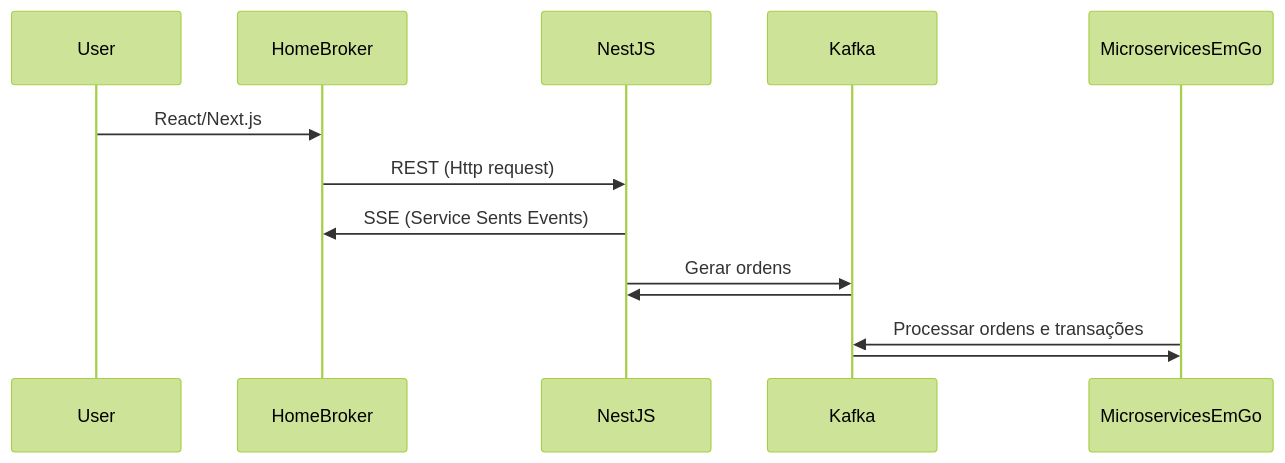
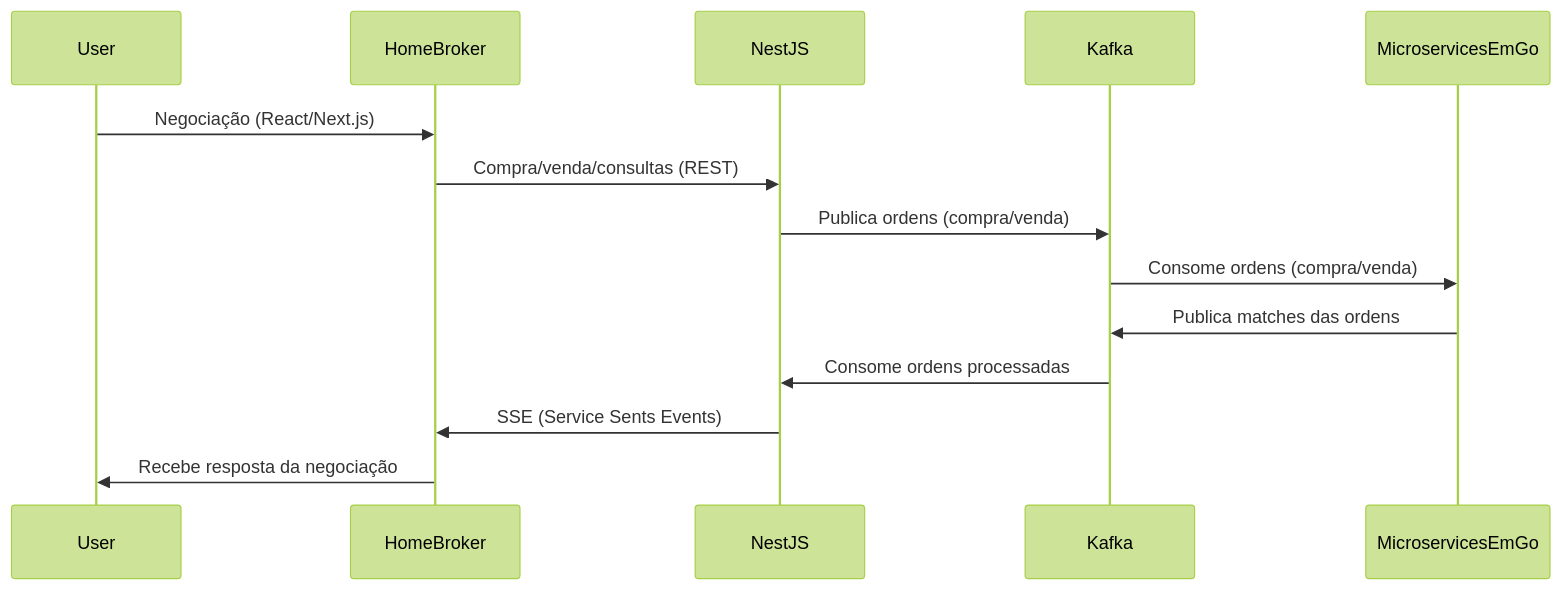
One commit to freitas-miranda/imersao-fullcycle changed the diagram in README.md. Above: the diagram before and after it, drawn with Mermaid (forest theme).

Commit message:
doc: atualiza fluxo de comunicacao

````diff
--- a/README.md
+++ b/README.md
@@ -13,16 +13,16 @@
 ```mermaid
 sequenceDiagram
     participant User
     participant HomeBroker
     participant NestJS
     participant Kafka
     participant MicroservicesEmGo
-    User->>HomeBroker: React/Next.js
-    HomeBroker->>NestJS: REST (Http request)
+    User->>HomeBroker: Negociação (React/Next.js)
+    HomeBroker->>NestJS: Compra/venda/consultas (REST)
+    NestJS->>Kafka: Publica ordens (compra/venda)
+    Kafka->>MicroservicesEmGo: Consome ordens (compra/venda)
+    MicroservicesEmGo->>Kafka: Publica matches das ordens
+    Kafka->>NestJS: Consome ordens processadas
     NestJS->>HomeBroker: SSE (Service Sents Events)
-    NestJS->>Kafka: Gerar ordens
-    Kafka->>NestJS: 
-    MicroservicesEmGo->>Kafka: Processar ordens e transações
-    Kafka->>MicroservicesEmGo: 
-
+    HomeBroker->>User: Recebe resposta da negociação 
 ```
````
